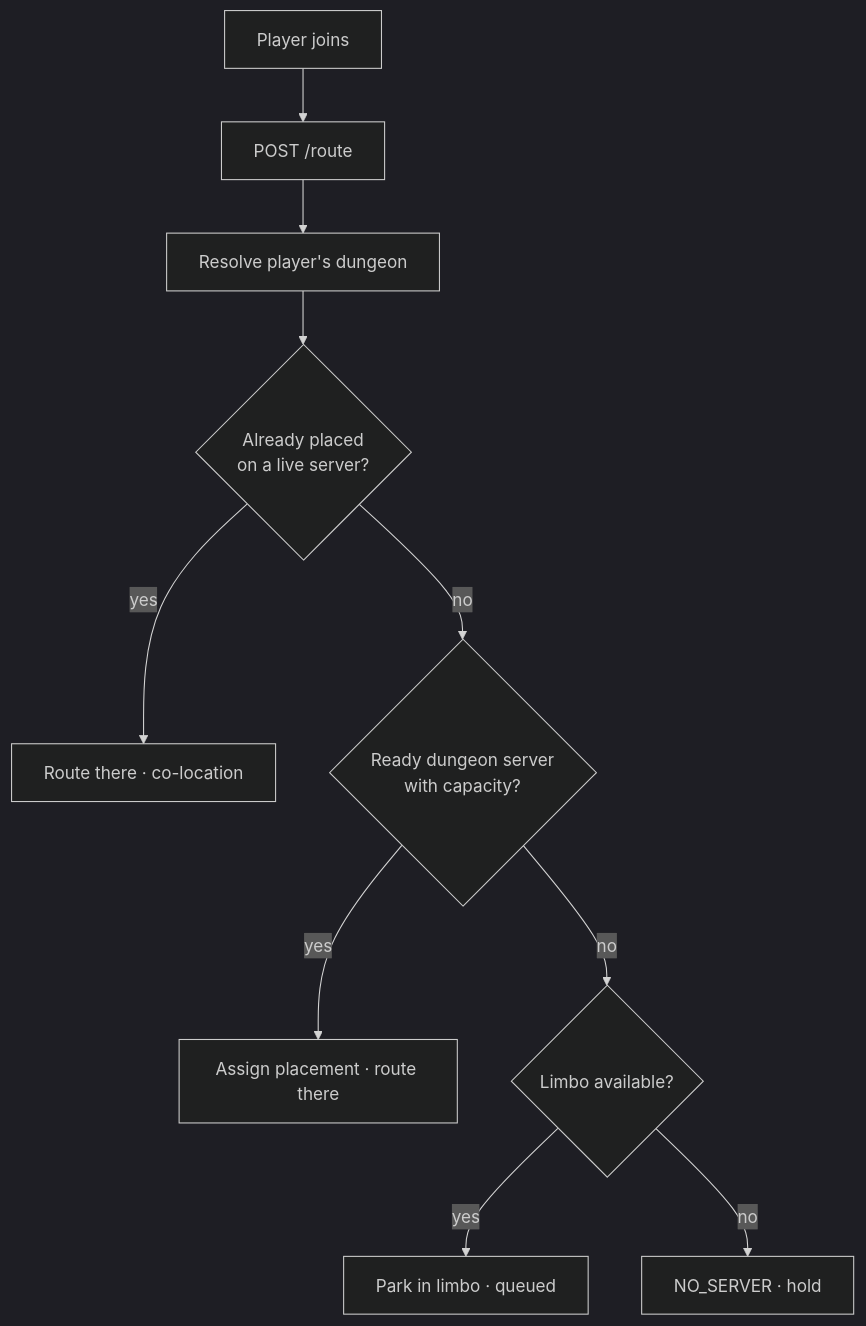
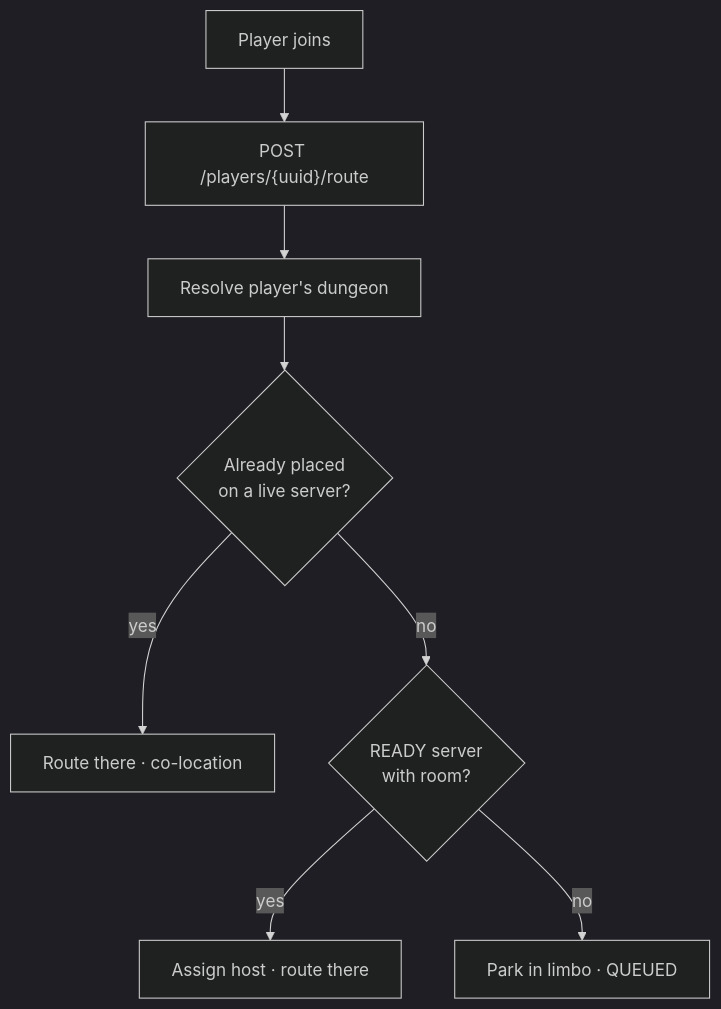
One commit to Beyond-The-Gate/btg-wiki changed the second of 4 diagrams in docs/technical/backend/multi-server.md. Above: the diagram before and after it, drawn with Mermaid (dark theme). The commit also changed other lines of this file and 5 other files, not shown here.

````diff
--- a/docs/technical/backend/multi-server.md
+++ b/docs/technical/backend/multi-server.md
@@ -59,12 +63,10 @@
 ```mermaid
 flowchart TD
-    join[Player joins] --> route["POST /route"]
+    join[Player joins] --> route["POST /players/{uuid}/route"]
     route --> resolve[Resolve player's dungeon]
     resolve --> live{Already placed<br/>on a live server?}
     live -->|yes| host[Route there · co-location]
-    live -->|no| pick{Ready dungeon server<br/>with capacity?}
-    pick -->|yes| assign[Assign placement · route there]
-    pick -->|no| limbo{Limbo available?}
-    limbo -->|yes| park[Park in limbo · queued]
-    limbo -->|no| none[NO_SERVER · hold]
+    live -->|no| pick{READY server<br/>with room?}
+    pick -->|yes| assign[Assign host · route there]
+    pick -->|no| limbo[Park in limbo · QUEUED]
 ```
````
